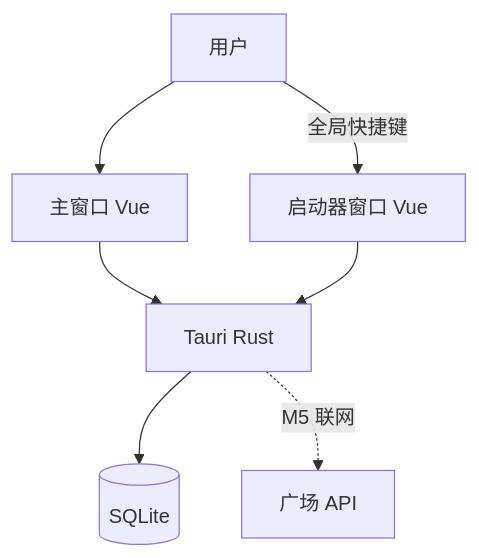
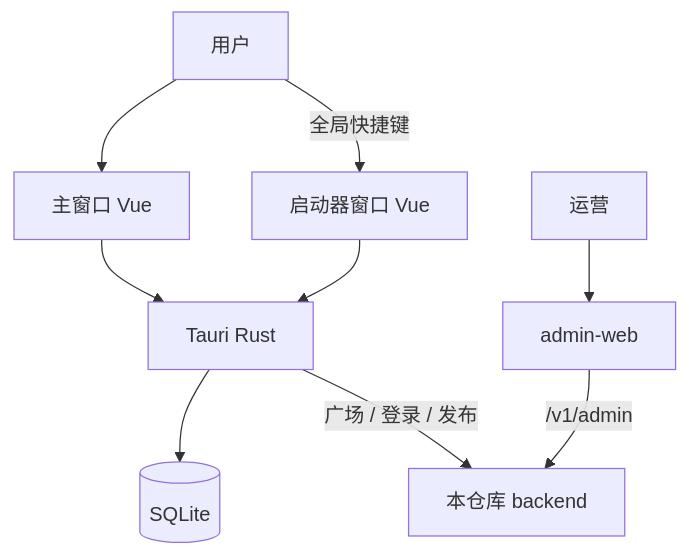
One commit to sutao2/PromptArk changed the diagram in docs/architecture/overview.md. Above: the diagram before and after it, drawn with Mermaid. The commit also changed other lines of this file and 11 other files, not shown here.

````diff
--- a/docs/architecture/overview.md
+++ b/docs/architecture/overview.md
@@ -11,15 +11,19 @@
 ```mermaid
 flowchart TB
   user[用户]
+  operator[运营]
   main[主窗口 Vue]
   launcher[启动器窗口 Vue]
   rust[Tauri Rust]
   sqlite[(SQLite)]
-  api[广场 API]
+  api[本仓库 backend]
+  adminWeb[admin-web]
   user --> main
   user -->|全局快捷键| launcher
+  operator --> adminWeb
   main --> rust
   launcher --> rust
   rust --> sqlite
-  rust -.->|M5 联网| api
+  rust -->|广场 / 登录 / 发布| api
+  adminWeb -->|/v1/admin| api
 ```
````
